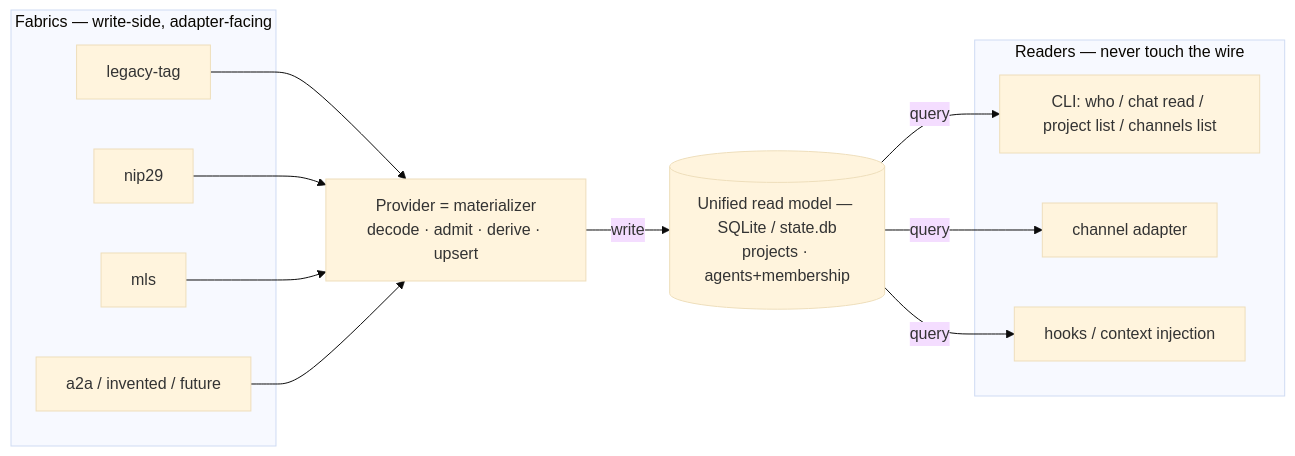
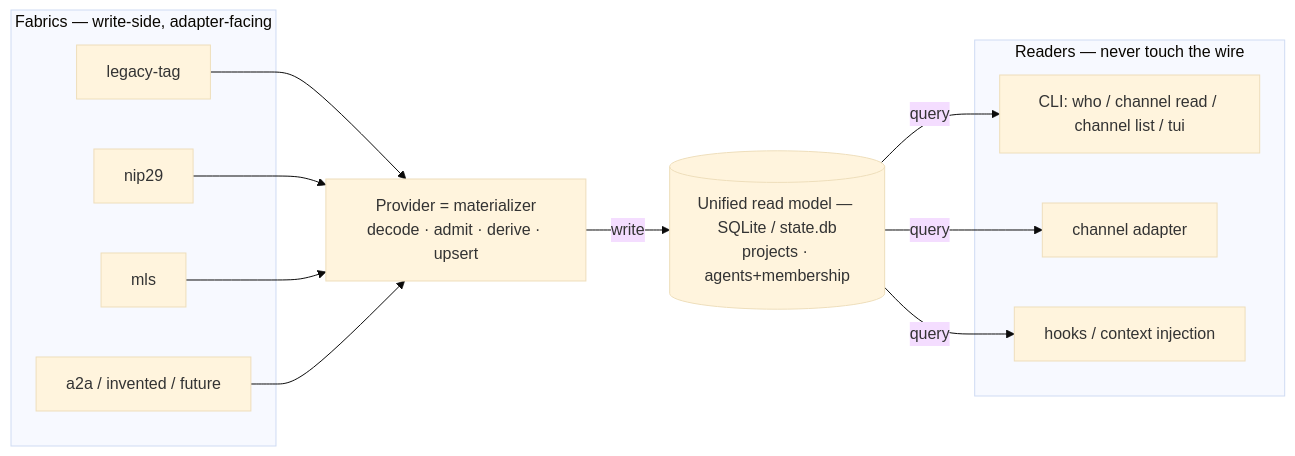
Before and after one commit to pablof7z/tenex-edge: the second of 6 diagrams in docs/fabric-architecture.md, drawn with Mermaid (base theme). The commit also changed other lines of this file and 15 other files, not shown here.

````diff
--- a/docs/fabric-architecture.md
+++ b/docs/fabric-architecture.md
@@ -138,24 +138,24 @@
 ```mermaid
 flowchart LR
     subgraph FABRICS["Fabrics — write-side, adapter-facing"]
         F1["legacy-tag"]
         F2["nip29"]
         F3["mls"]
         F4["a2a / invented / future"]
     end
     MAT["Provider = materializer<br/>decode · admit · derive · upsert"]
     STORE[("Unified read model — SQLite / state.db<br/>projects · agents+membership")]
     subgraph READERS["Readers — never touch the wire"]
-        R1["CLI: who / chat read / project list / channels list"]
+        R1["CLI: who / channel read / channel list / tui"]
         R2["channel adapter"]
         R3["hooks / context injection"]
     end
     F1 --> MAT
     F2 --> MAT
     F3 --> MAT
     F4 --> MAT
     MAT -- write --> STORE
     STORE -- query --> R1
     STORE -- query --> R2
     STORE -- query --> R3
 ```
````
